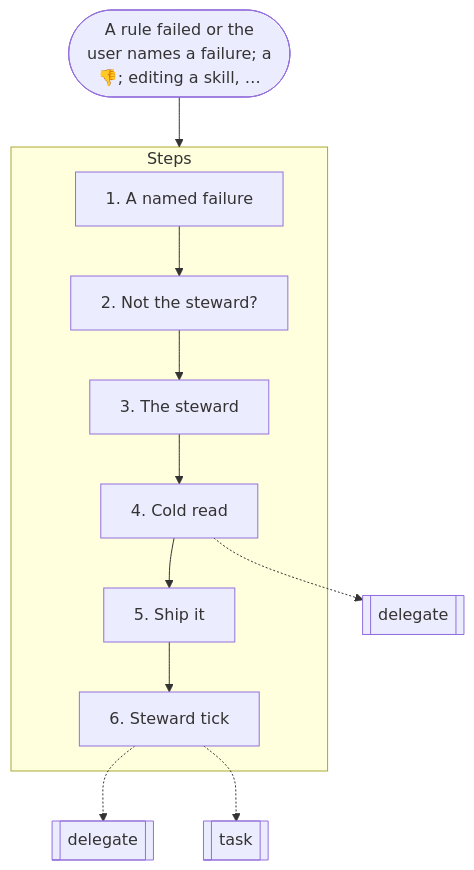
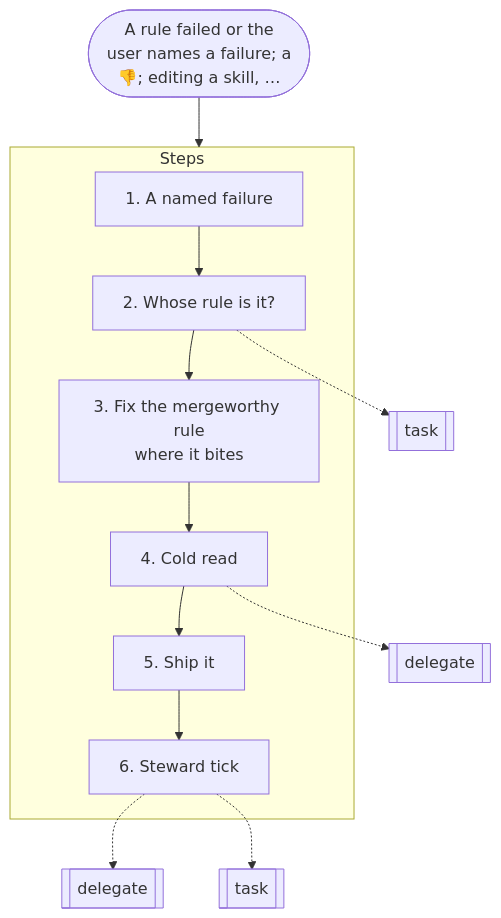
The ninth of 19 diagrams in docs/graphs.md (nitedani-agent/mergeworthy), drawn with Mermaid before and after one commit. The commit also changed other lines of this file and 9 other files, not shown here.

````diff
--- a/docs/graphs.md
+++ b/docs/graphs.md
@@ -234,21 +234,22 @@
 ```mermaid
 flowchart TB
   start(["A rule failed or the<br/>user names a failure; a<br/>👎; editing a skill, …"])
   subgraph g0["Steps"]
     s0["1. A named failure"]
-    s1["2. Not the steward?"]
+    s1["2. Whose rule is it?"]
     s0 --> s1
-    s2["3. The steward"]
+    s2["3. Fix the mergeworthy rule<br/>where it bites"]
     s1 --> s2
     s3["4. Cold read"]
     s2 --> s3
     s4["5. Ship it"]
     s3 --> s4
     s5["6. Steward tick"]
     s4 --> s5
   end
-  s3 -.-> r1[["delegate"]]
-  s5 -.-> r2[["delegate"]]
-  s5 -.-> r3[["task"]]
+  s1 -.-> r1[["task"]]
+  s3 -.-> r2[["delegate"]]
+  s5 -.-> r3[["delegate"]]
+  s5 -.-> r4[["task"]]
   start --> g0
 ```
````
